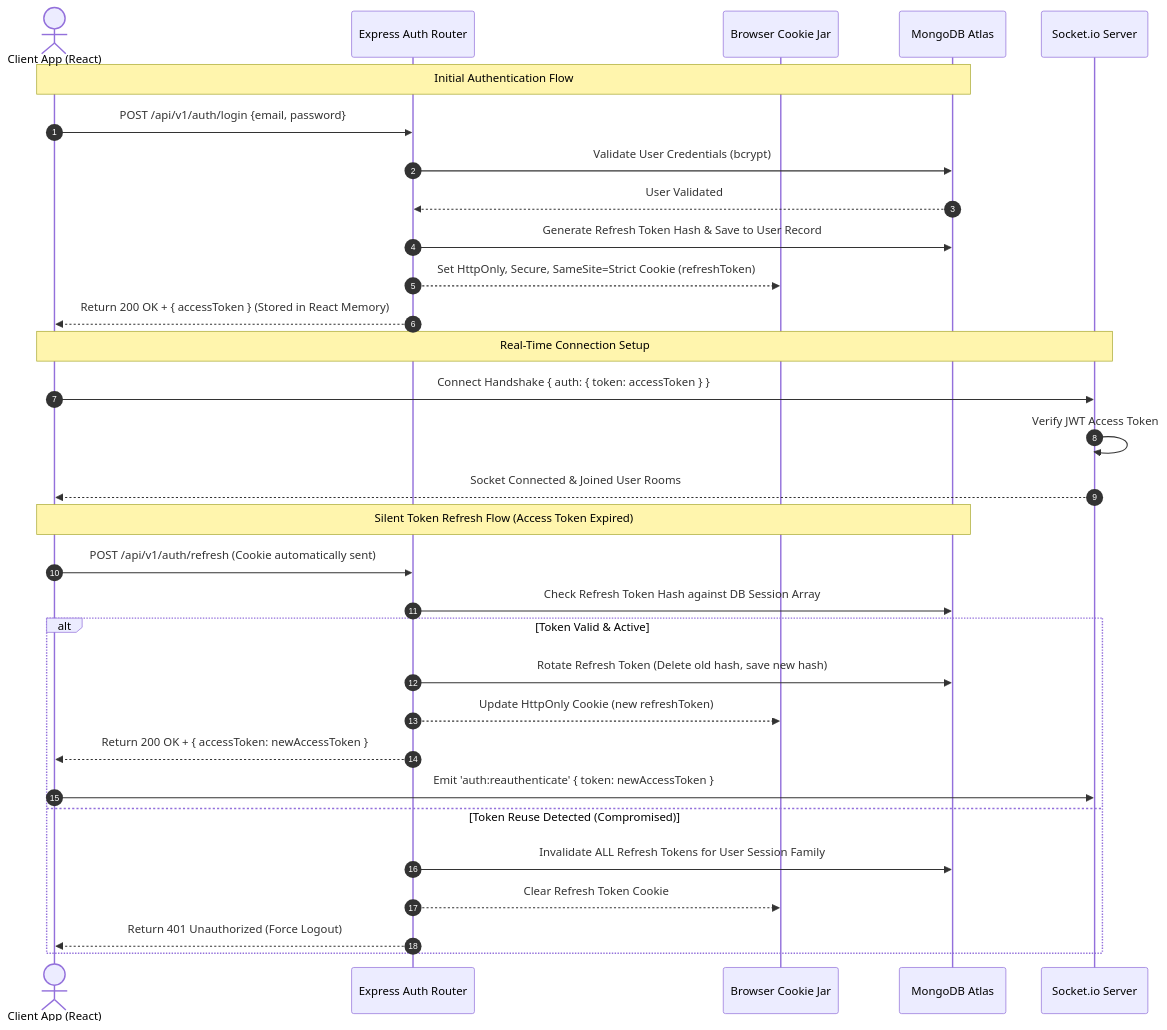
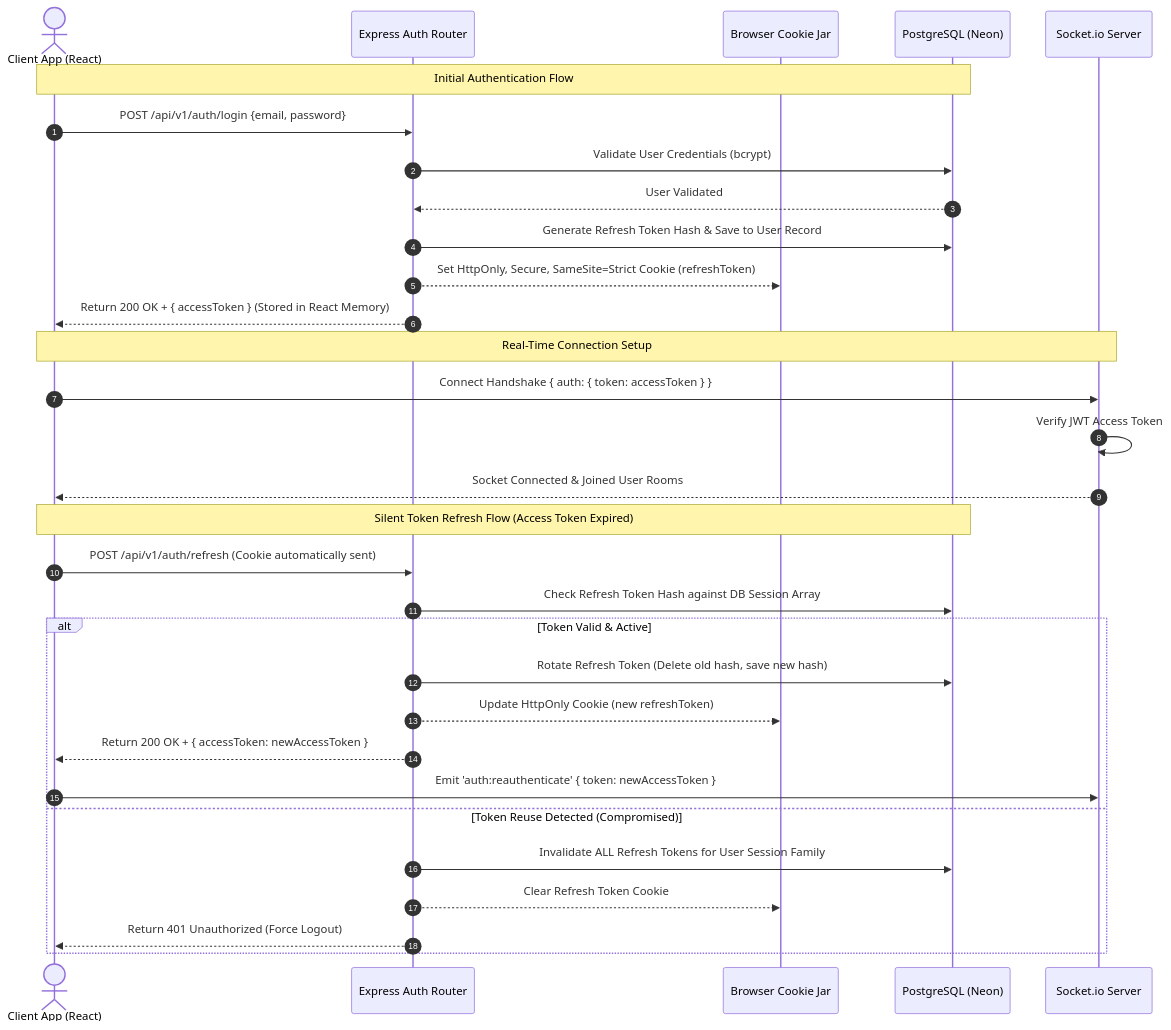
The second of 2 diagrams in docs/ARCHITECTURE.md (Anantraj24/Virexo-Chat-app), drawn with Mermaid before and after one commit. The commit also changed other lines of this file and 312 other files, not shown here.

````diff
--- a/docs/ARCHITECTURE.md
+++ b/docs/ARCHITECTURE.md
@@ -69,36 +69,36 @@
 ```mermaid
 sequenceDiagram
     autonumber
     actor User as Client App (React)
     participant AuthAPI as Express Auth Router
     participant Cookie as Browser Cookie Jar
-    participant DB as MongoDB Atlas
+    participant DB as PostgreSQL (Neon)
     participant Socket as Socket.io Server
 
     Note over User, DB: Initial Authentication Flow
     User->>AuthAPI: POST /api/v1/auth/login {email, password}
     AuthAPI->>DB: Validate User Credentials (bcrypt)
     DB-->>AuthAPI: User Validated
     AuthAPI->>DB: Generate Refresh Token Hash & Save to User Record
     AuthAPI-->>Cookie: Set HttpOnly, Secure, SameSite=Strict Cookie (refreshToken)
     AuthAPI-->>User: Return 200 OK + { accessToken } (Stored in React Memory)
 
     Note over User, Socket: Real-Time Connection Setup
     User->>Socket: Connect Handshake { auth: { token: accessToken } }
     Socket->>Socket: Verify JWT Access Token
     Socket-->>User: Socket Connected & Joined User Rooms
 
     Note over User, DB: Silent Token Refresh Flow (Access Token Expired)
     User->>AuthAPI: POST /api/v1/auth/refresh (Cookie automatically sent)
     AuthAPI->>DB: Check Refresh Token Hash against DB Session Array
     alt Token Valid & Active
         AuthAPI->>DB: Rotate Refresh Token (Delete old hash, save new hash)
         AuthAPI-->>Cookie: Update HttpOnly Cookie (new refreshToken)
         AuthAPI-->>User: Return 200 OK + { accessToken: newAccessToken }
         User->>Socket: Emit 'auth:reauthenticate' { token: newAccessToken }
     else Token Reuse Detected (Compromised)
         AuthAPI->>DB: Invalidate ALL Refresh Tokens for User Session Family
         AuthAPI-->>Cookie: Clear Refresh Token Cookie
         AuthAPI-->>User: Return 401 Unauthorized (Force Logout)
     end
 ```
````
